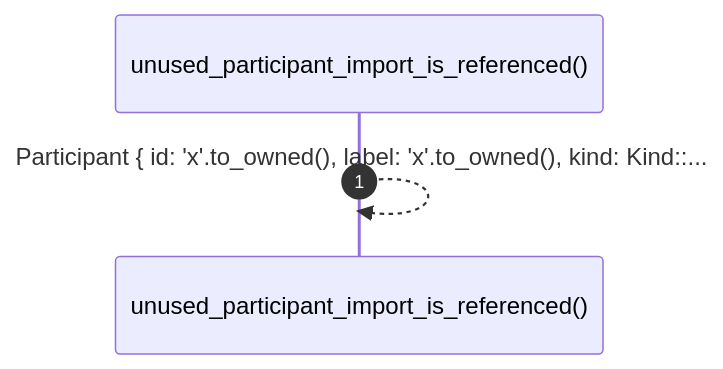
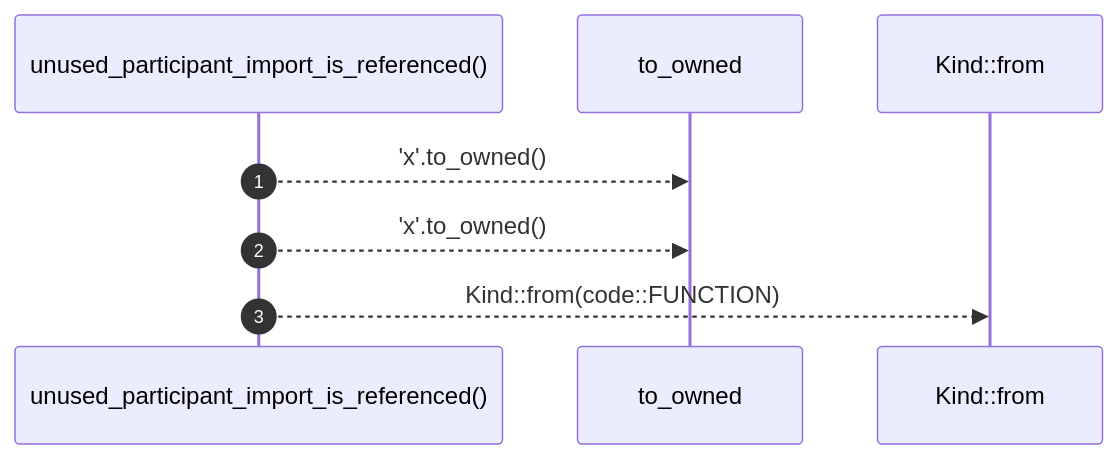
One commit to RyanGuild/self-describing-code changed the diagram in docs/self-model/robby_render/test_markdown/unused-participant-import-is-referenced.md. Above: the diagram before and after it, drawn with Mermaid. The commit also changed other lines of this file and 1404 other files, not shown here.

````diff
--- a/docs/self-model/robby_render/test_markdown/unused-participant-import-is-referenced.md
+++ b/docs/self-model/robby_render/test_markdown/unused-participant-import-is-referenced.md
@@ -24,6 +24,10 @@
 ```mermaid
 sequenceDiagram
     autonumber
     participant unused_participant_import_is_referenced as unused_participant_import_is_referenced()
-    unused_participant_import_is_referenced-->>unused_participant_import_is_referenced: Participant { id: 'x'.to_owned(), label: 'x'.to_owned(), kind: Kind::...
+    participant to_owned as to_owned
+    participant Kind__from as Kind::from
+    unused_participant_import_is_referenced-->>to_owned: 'x'.to_owned()
+    unused_participant_import_is_referenced-->>to_owned: 'x'.to_owned()
+    unused_participant_import_is_referenced-->>Kind__from: Kind::from(code::FUNCTION)
 ```
````
